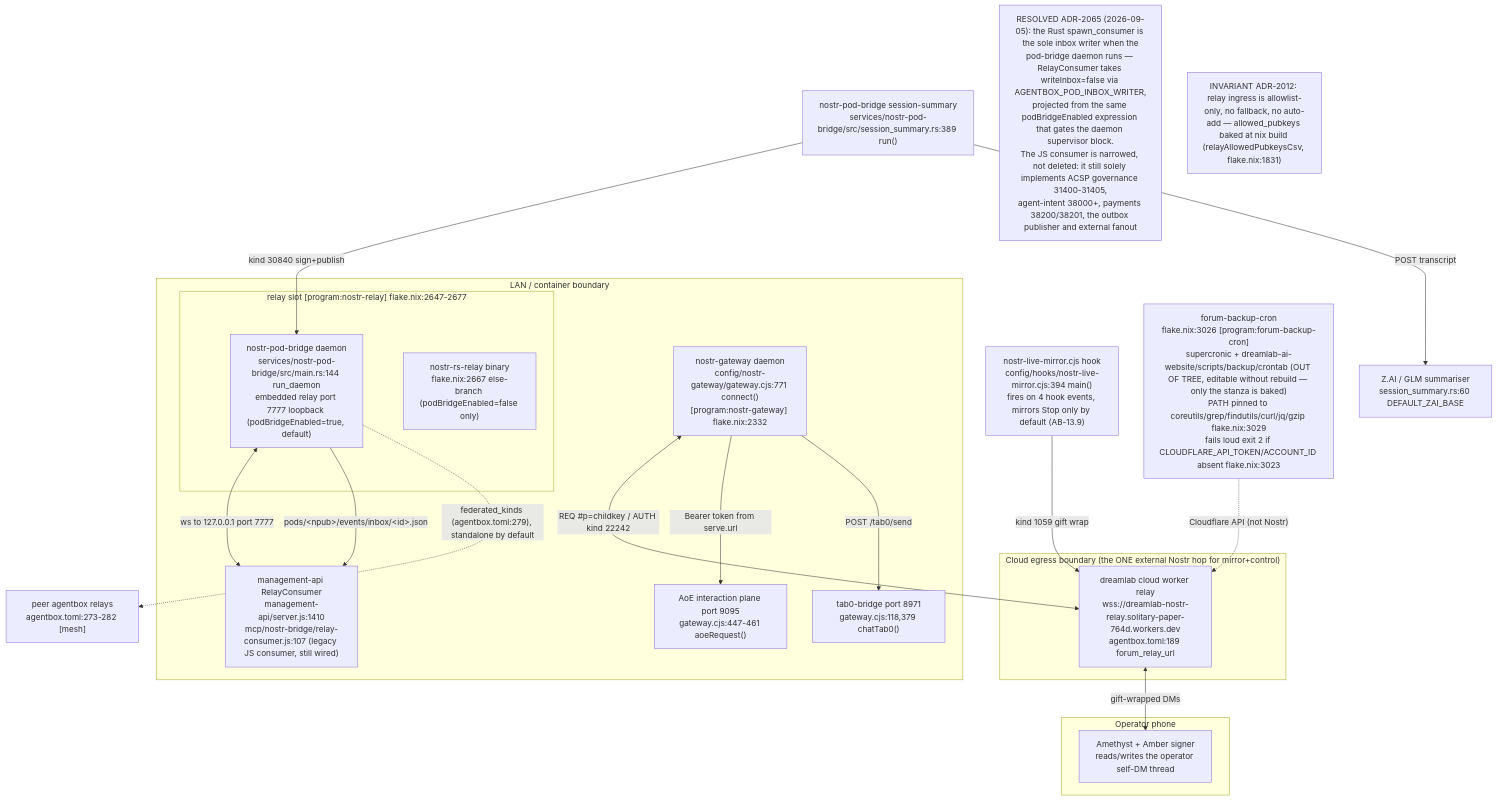
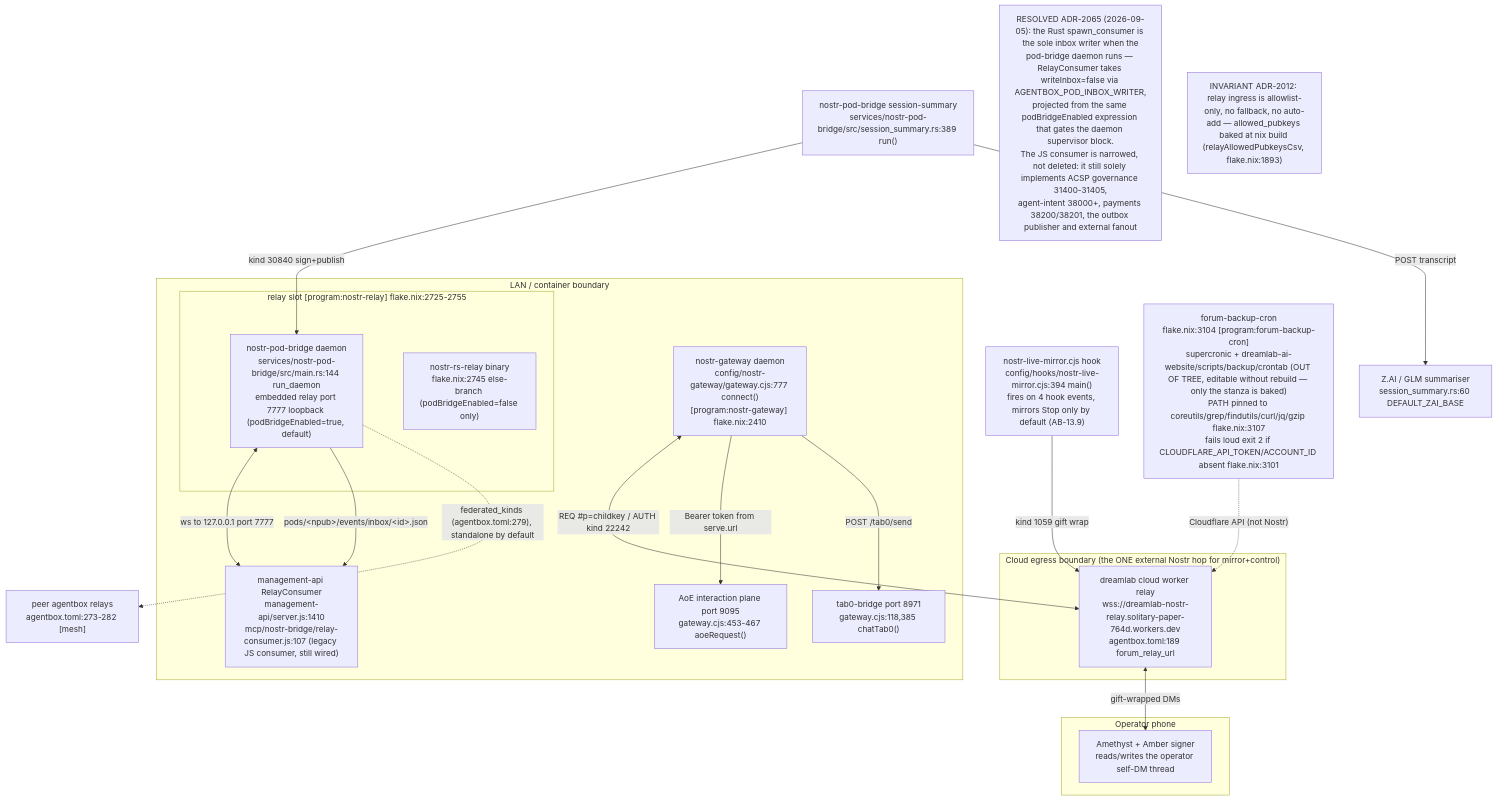
One commit to DreamLab-AI/VisionFlow changed the first of 16 diagrams in docs/diagrams/agentbox/13-nostr-relay-gateway-bridge-mirror.md. Above: the diagram before and after it, drawn with Mermaid. The commit also changed other lines of this file and 160 other files, not shown here.

````diff
--- a/docs/diagrams/agentbox/13-nostr-relay-gateway-bridge-mirror.md
+++ b/docs/diagrams/agentbox/13-nostr-relay-gateway-bridge-mirror.md
@@ -43,39 +43,39 @@
 ```mermaid
 flowchart TB
     subgraph lan["LAN / container boundary"]
-        subgraph relayslot["relay slot [program:nostr-relay] flake.nix:2647-2677"]
+        subgraph relayslot["relay slot [program:nostr-relay] flake.nix:2725-2755"]
             PB["nostr-pod-bridge daemon<br/>services/nostr-pod-bridge/src/main.rs:144 run_daemon<br/>embedded relay port 7777 loopback (podBridgeEnabled=true, default)"]
-            RS["nostr-rs-relay binary<br/>flake.nix:2667 else-branch (podBridgeEnabled=false only)"]
+            RS["nostr-rs-relay binary<br/>flake.nix:2745 else-branch (podBridgeEnabled=false only)"]
         end
-        GW["nostr-gateway daemon<br/>config/nostr-gateway/gateway.cjs:771 connect()<br/>[program:nostr-gateway] flake.nix:2332"]
+        GW["nostr-gateway daemon<br/>config/nostr-gateway/gateway.cjs:777 connect()<br/>[program:nostr-gateway] flake.nix:2410"]
         MGMT["management-api RelayConsumer<br/>management-api/server.js:1410<br/>mcp/nostr-bridge/relay-consumer.js:107 (legacy JS consumer, still wired)"]
-        AOE["AoE interaction plane port 9095<br/>gateway.cjs:447-461 aoeRequest()"]
-        TAB0["tab0-bridge port 8971<br/>gateway.cjs:118,379 chatTab0()"]
+        AOE["AoE interaction plane port 9095<br/>gateway.cjs:453-467 aoeRequest()"]
+        TAB0["tab0-bridge port 8971<br/>gateway.cjs:118,385 chatTab0()"]
     end
     subgraph cloud["Cloud egress boundary (the ONE external Nostr hop for mirror+control)"]
         CLOUD["dreamlab cloud worker relay<br/>wss://dreamlab-nostr-relay.solitary-paper-764d.workers.dev<br/>agentbox.toml:189 forum_relay_url"]
     end
     subgraph phone["Operator phone"]
         AME["Amethyst + Amber signer<br/>reads/writes the operator self-DM thread"]
     end
     MIRROR["nostr-live-mirror.cjs hook<br/>config/hooks/nostr-live-mirror.cjs:394 main()<br/>fires on 4 hook events, mirrors Stop only by default (AB-13.9)"]
     DIGEST["nostr-pod-bridge session-summary<br/>services/nostr-pod-bridge/src/session_summary.rs:389 run()"]
     ZAI["Z.AI / GLM summariser<br/>session_summary.rs:60 DEFAULT_ZAI_BASE"]
-    FORUM["forum-backup-cron<br/>flake.nix:3026 [program:forum-backup-cron]<br/>supercronic + dreamlab-ai-website/scripts/backup/crontab (OUT OF TREE, editable without rebuild — only the stanza is baked)<br/>PATH pinned to coreutils/grep/findutils/curl/jq/gzip flake.nix:3029<br/>fails loud exit 2 if CLOUDFLARE_API_TOKEN/ACCOUNT_ID absent flake.nix:3023"]
+    FORUM["forum-backup-cron<br/>flake.nix:3104 [program:forum-backup-cron]<br/>supercronic + dreamlab-ai-website/scripts/backup/crontab (OUT OF TREE, editable without rebuild — only the stanza is baked)<br/>PATH pinned to coreutils/grep/findutils/curl/jq/gzip flake.nix:3107<br/>fails loud exit 2 if CLOUDFLARE_API_TOKEN/ACCOUNT_ID absent flake.nix:3101"]
     MESH["peer agentbox relays<br/>agentbox.toml:273-282 [mesh]"]
 
     MIRROR -->|"kind 1059 gift wrap"| CLOUD
     GW <-->|"REQ #p=childkey / AUTH kind 22242"| CLOUD
     CLOUD <-->|"gift-wrapped DMs"| AME
     DIGEST -->|"kind 30840 sign+publish"| PB
     DIGEST -->|"POST transcript"| ZAI
     PB <-->|"ws to 127.0.0.1 port 7777"| MGMT
     PB -->|"pods/&lt;npub&gt;/events/inbox/&lt;id&gt;.json"| MGMT
     GW -->|"Bearer token from serve.url"| AOE
     GW -->|"POST /tab0/send"| TAB0
     PB -.->|"federated_kinds (agentbox.toml:279), standalone by default"| MESH
     FORUM -.->|"Cloudflare API (not Nostr)"| CLOUD
 
 N1["RESOLVED ADR-2065 (2026-09-05): the Rust spawn_consumer is the sole inbox writer when the<br/>pod-bridge daemon runs — RelayConsumer takes writeInbox=false via AGENTBOX_POD_INBOX_WRITER,<br/>projected from the same podBridgeEnabled expression that gates the daemon supervisor block.<br/>The JS consumer is narrowed, not deleted: it still solely implements ACSP governance 31400-31405,<br/>agent-intent 38000+, payments 38200/38201, the outbox publisher and external fanout"]
-    N2["INVARIANT ADR-2012: relay ingress is allowlist-only, no fallback, no auto-add — allowed_pubkeys baked at nix build (relayAllowedPubkeysCsv, flake.nix:1831)"]
+    N2["INVARIANT ADR-2012: relay ingress is allowlist-only, no fallback, no auto-add — allowed_pubkeys baked at nix build (relayAllowedPubkeysCsv, flake.nix:1893)"]
 ```
````
